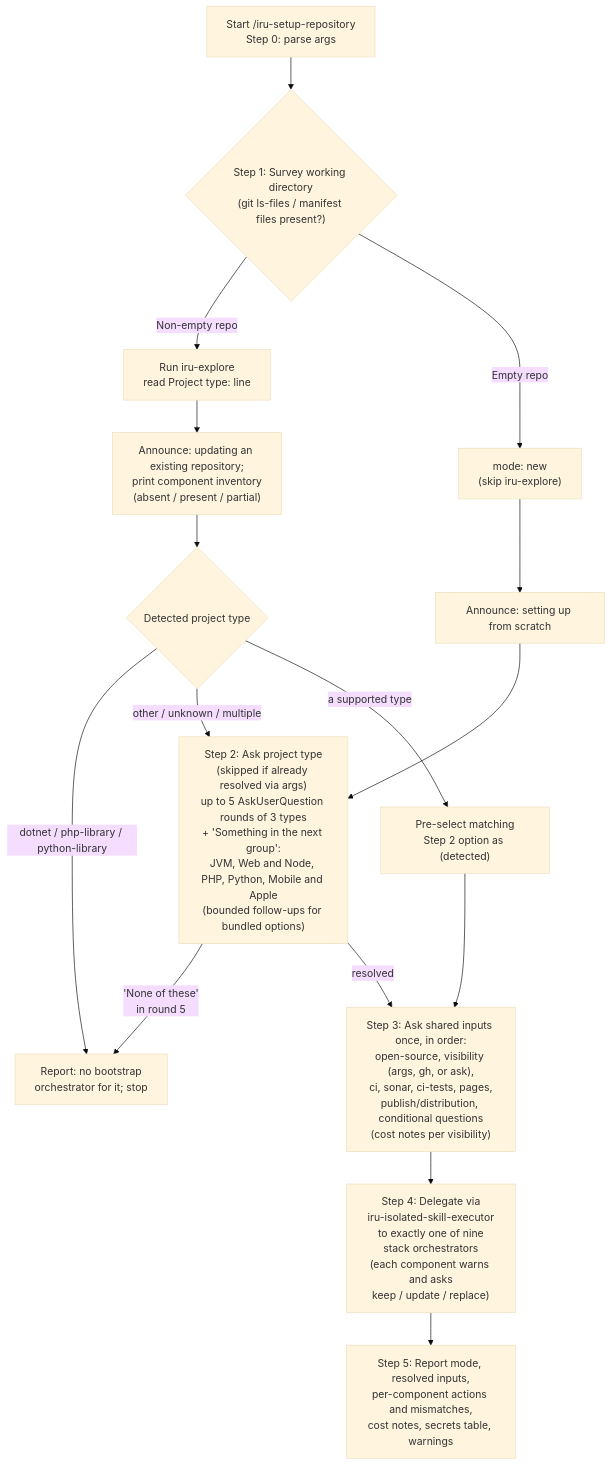
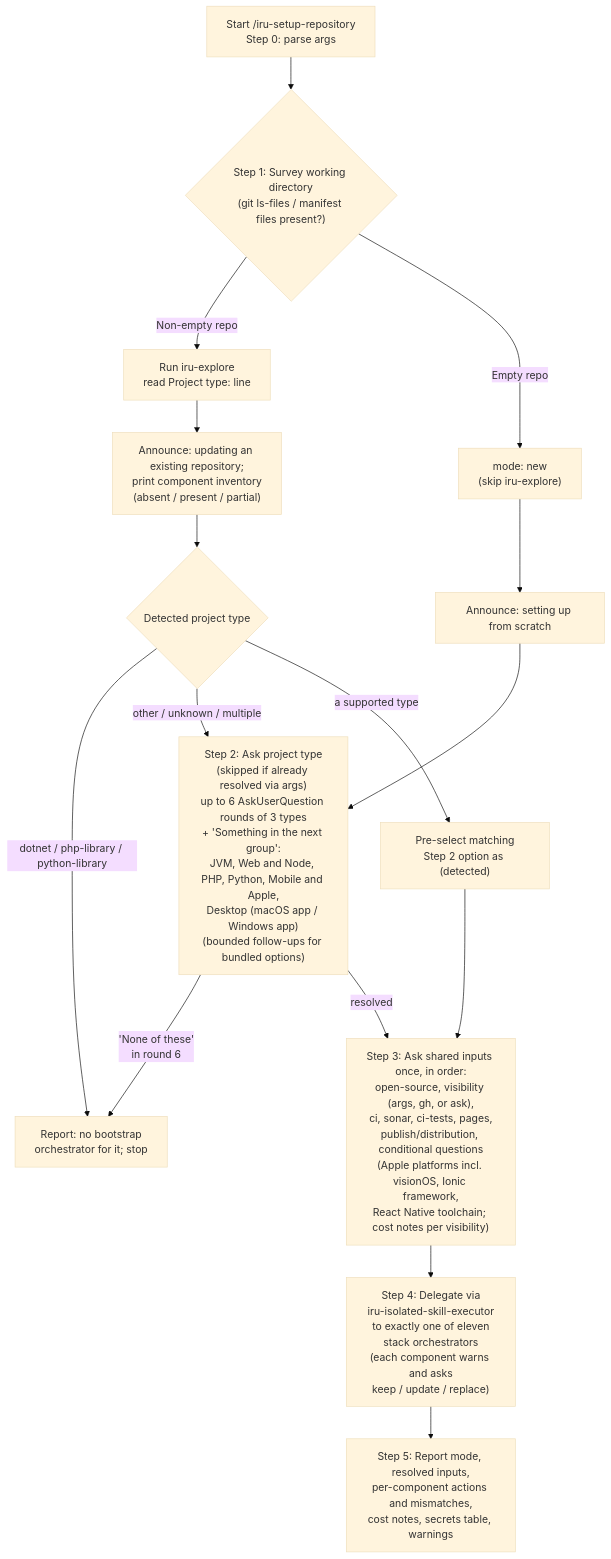
One commit to albertoirurueta/ai-catalog changed the diagram in docs/modules/ROOT/pages/skills/iru-setup-repository.adoc. Above: the diagram before and after it, drawn with Mermaid (base theme). The commit also changed other lines of this file and 111 other files, not shown here.

```diff
--- a/docs/modules/ROOT/pages/skills/iru-setup-repository.adoc
+++ b/docs/modules/ROOT/pages/skills/iru-setup-repository.adoc
@@ -260,19 +268,19 @@
 [mermaid]
 ....
 flowchart TD
     A["Start /iru-setup-repository\nStep 0: parse args"] --> B{"Step 1: Survey working directory\n(git ls-files / manifest files present?)"}
     B -- "Non-empty repo" --> C["Run iru-explore\nread Project type: line"]
     B -- "Empty repo" --> D["mode: new\n(skip iru-explore)"]
     C --> C1["Announce: updating an existing repository;\nprint component inventory\n(absent / present / partial)"]
     D --> D1["Announce: setting up from scratch"]
     C1 --> E{"Detected project type"}
     E -- "dotnet / php-library / python-library" --> G["Report: no bootstrap\norchestrator for it; stop"]
     E -- "other / unknown / multiple" --> F
     E -- "a supported type" --> H["Pre-select matching\nStep 2 option as (detected)"]
     H --> I
-    D1 --> F["Step 2: Ask project type\n(skipped if already resolved via args)\nup to 5 AskUserQuestion rounds of 3 types\n+ 'Something in the next group':\nJVM, Web and Node, PHP, Python, Mobile and Apple\n(bounded follow-ups for bundled options)"]
-    F -- "'None of these'\nin round 5" --> G
-    F -- "resolved" --> I["Step 3: Ask shared inputs once, in order:\nopen-source, visibility (args, gh, or ask),\nci, sonar, ci-tests, pages,\npublish/distribution, conditional questions\n(cost notes per visibility)"]
-    I --> J["Step 4: Delegate via\niru-isolated-skill-executor\nto exactly one of nine\nstack orchestrators\n(each component warns and asks\nkeep / update / replace)"]
+    D1 --> F["Step 2: Ask project type\n(skipped if already resolved via args)\nup to 6 AskUserQuestion rounds of 3 types\n+ 'Something in the next group':\nJVM, Web and Node, PHP, Python, Mobile and Apple,\nDesktop (macOS app / Windows app)\n(bounded follow-ups for bundled options)"]
+    F -- "'None of these'\nin round 6" --> G
+    F -- "resolved" --> I["Step 3: Ask shared inputs once, in order:\nopen-source, visibility (args, gh, or ask),\nci, sonar, ci-tests, pages,\npublish/distribution, conditional questions\n(Apple platforms incl. visionOS, Ionic framework,\nReact Native toolchain; cost notes per visibility)"]
+    I --> J["Step 4: Delegate via\niru-isolated-skill-executor\nto exactly one of eleven\nstack orchestrators\n(each component warns and asks\nkeep / update / replace)"]
     J --> K["Step 5: Report mode, resolved inputs,\nper-component actions and mismatches,\ncost notes, secrets table, warnings"]
 ....
```
